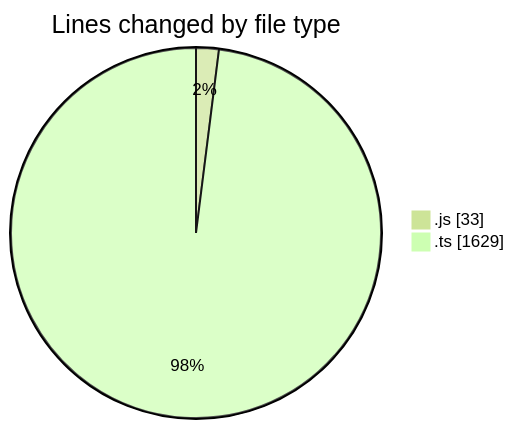
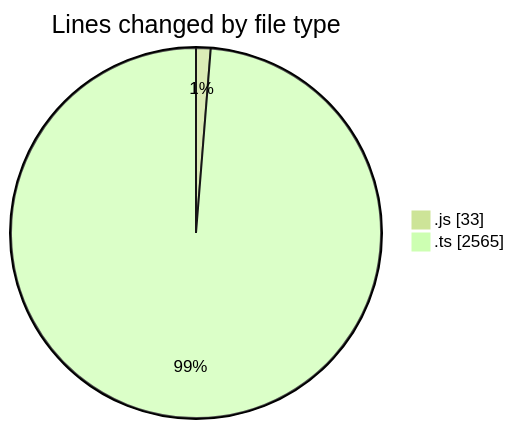
Before and after one commit to momahboobian/code-tracking: the first of 2 diagrams in 2025-09-08/cda/README.md, drawn with Mermaid (forest theme). The commit also changed other lines of this file and 1 other file, not shown here.

````diff
--- a/2025-09-08/cda/README.md
+++ b/2025-09-08/cda/README.md
@@ -22,6 +23,6 @@
 ```mermaid
 pie showData
 title Lines changed by file type
 ".js" : 33
-".ts" : 1629
+".ts" : 2565
 ```
````
